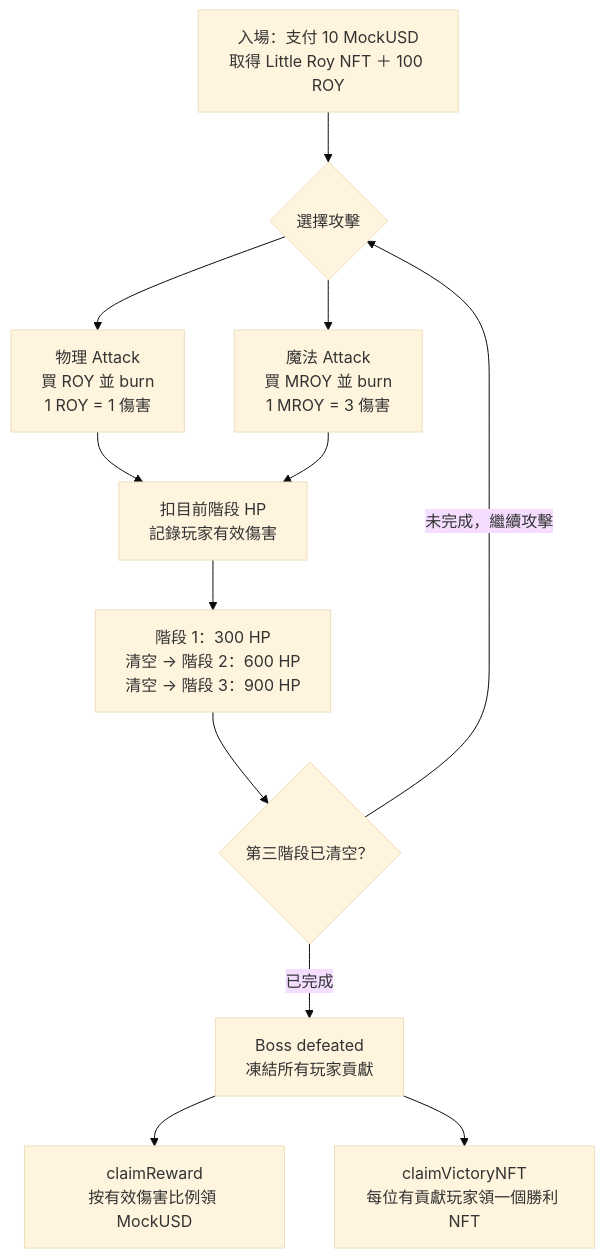
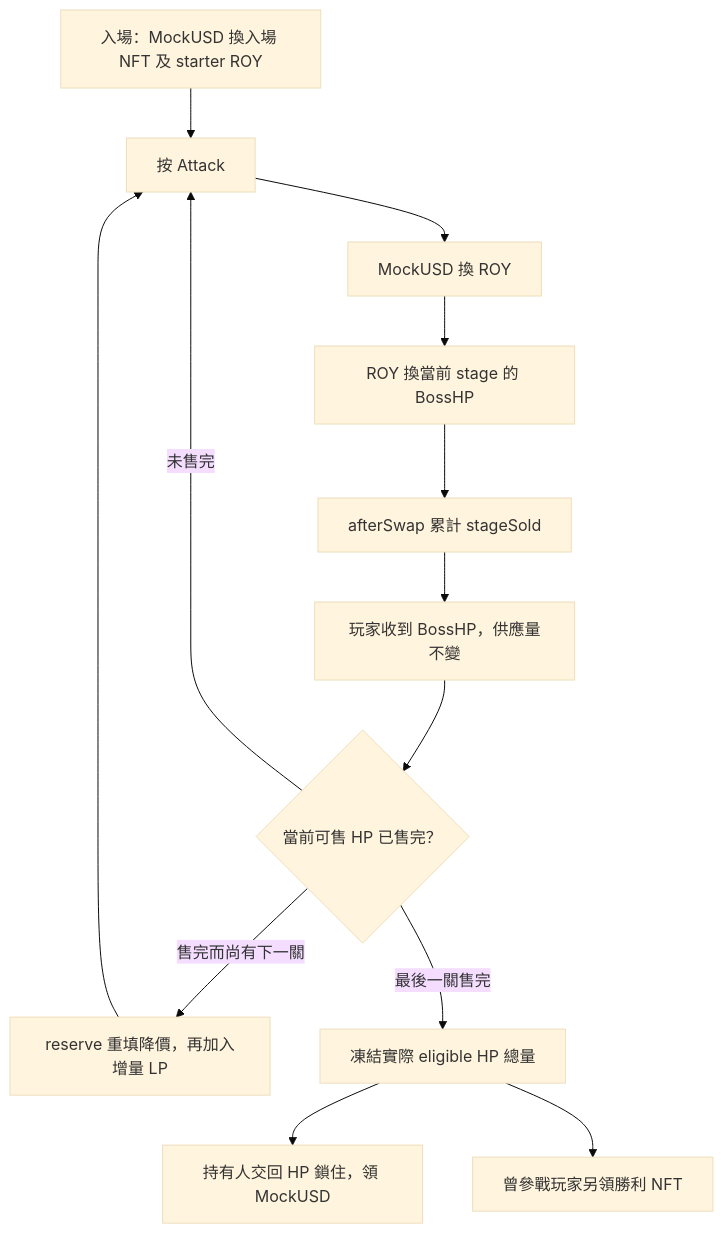
One commit to 0xroylee/eth-global-2026-tokyo changed the first of 4 diagrams in docs/contract-game-diagrams.md. Above: the diagram before and after it, drawn with Mermaid (base theme). The commit also changed other lines of this file and 12 other files, not shown here.

Commit message:
docs: finalize no-burn BossHP delivery plan and reward custody

````diff
--- a/docs/contract-game-diagrams.md
+++ b/docs/contract-game-diagrams.md
@@ -7,14 +7,15 @@
 ```mermaid
 flowchart TD
-    Entry["入場：支付 10 MockUSD<br/>取得 Little Roy NFT ＋ 100 ROY"] --> Choice{"選擇攻擊"}
-    Choice --> Physical["物理 Attack<br/>買 ROY 並 burn<br/>1 ROY = 1 傷害"]
-    Choice --> Magic["魔法 Attack<br/>買 MROY 並 burn<br/>1 MROY = 3 傷害"]
-    Physical --> Damage["扣目前階段 HP<br/>記錄玩家有效傷害"]
-    Magic --> Damage
-    Damage --> Progress["階段 1：300 HP<br/>清空 → 階段 2：600 HP<br/>清空 → 階段 3：900 HP"]
-    Progress --> Finished{"第三階段已清空？"}
-    Finished -->|未完成，繼續攻擊| Choice
-    Finished -->|已完成| Defeated["Boss defeated<br/>凍結所有玩家貢獻"]
-    Defeated --> Token["claimReward<br/>按有效傷害比例領 MockUSD"]
-    Defeated --> NFT["claimVictoryNFT<br/>每位有貢獻玩家領一個勝利 NFT"]
+    Entry["入場：MockUSD 換入場 NFT 及 starter ROY"] --> Attack["按 Attack"]
+    Attack --> Hop1["MockUSD 換 ROY"]
+    Hop1 --> Hop2["ROY 換當前 stage 的 BossHP"]
+    Hop2 --> Count["afterSwap 累計 stageSold"]
+    Count --> Receive["玩家收到 BossHP，供應量不變"]
+    Receive --> Check{"當前可售 HP 已售完？"}
+    Check -->|未售完| Attack
+    Check -->|售完而尚有下一關| Release["reserve 重填降價，再加入增量 LP"]
+    Release --> Attack
+    Check -->|最後一關售完| Victory["凍結實際 eligible HP 總量"]
+    Victory --> Claim["持有人交回 HP 鎖住，領 MockUSD"]
+    Victory --> NFT["曾參戰玩家另領勝利 NFT"]
 ```
````
